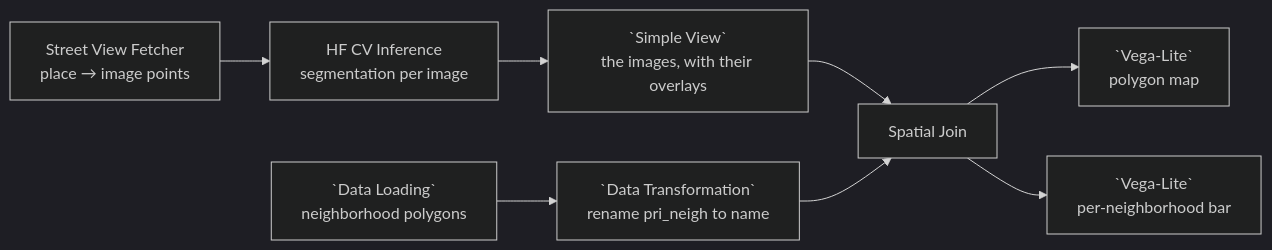
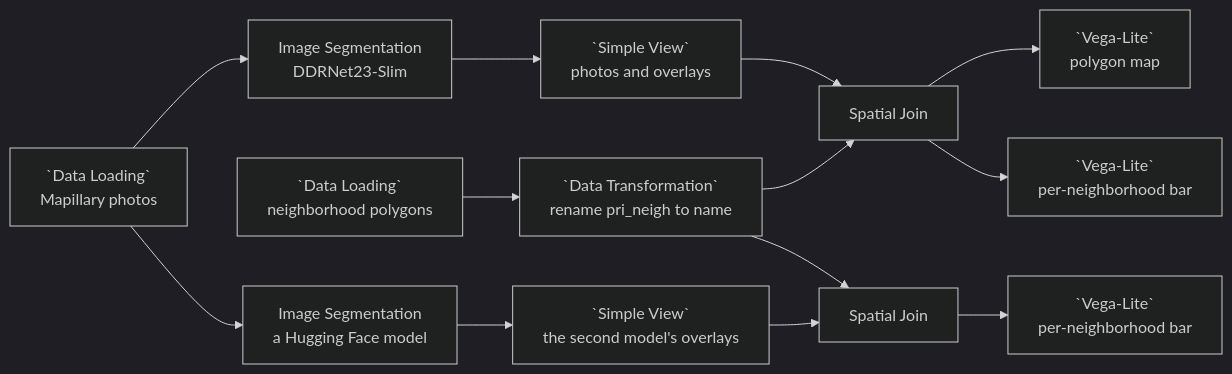
Before and after one commit to urban-toolkit/curio: the diagram in docs/examples/10-street-vision-cv-analysis.md, drawn with Mermaid (dark theme). The commit also changed other lines of this file and 59 other files, not shown here.

Commit message:
Street Vision is one Image Segmentation node; example 10 runs on Mapillary

````diff
--- a/docs/examples/10-street-vision-cv-analysis.md
+++ b/docs/examples/10-street-vision-cv-analysis.md
@@ -15,13 +13,19 @@
 ```mermaid
 flowchart LR
-  F[Street View Fetcher<br/>place → image points]
-  I[HF CV Inference<br/>segmentation per image]
-  G[`Simple View`<br/>the images, with their overlays]
+  P[`Data Loading`<br/>Mapillary photos]
+  S1[Image Segmentation<br/>DDRNet23-Slim]
+  G1[`Simple View`<br/>photos and overlays]
   L[`Data Loading`<br/>neighborhood polygons]
+  T[`Data Transformation`<br/>rename pri_neigh to name]
+  S2[Image Segmentation<br/>a Hugging Face model]
+  G2[`Simple View`<br/>the second model's overlays]
 
-  F --> I --> G --> SJ[Spatial Join]
+  P --> S1 --> G1 --> SJ1[Spatial Join]
   %% Simple View passes its input straight through, so the join sees the same frame.
-  L --> T[`Data Transformation`<br/>rename pri_neigh to name] --> SJ
-  SJ --> V1[`Vega-Lite`<br/>polygon map]
-  SJ --> V2[`Vega-Lite`<br/>per-neighborhood bar]
+  L --> T --> SJ1
+  SJ1 --> V1[`Vega-Lite`<br/>polygon map]
+  SJ1 --> V2[`Vega-Lite`<br/>per-neighborhood bar]
+  P --> S2 --> G2 --> SJ2[Spatial Join]
+  T --> SJ2
+  SJ2 --> V3[`Vega-Lite`<br/>per-neighborhood bar]
 ```
````
